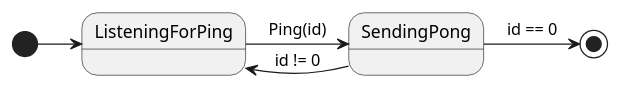
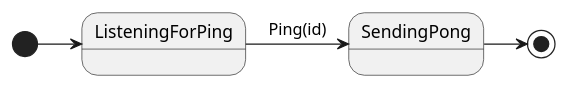
The third of 4 diagrams in README.org (peterpaul/kafka-ping-stm), drawn with PlantUML before and after one commit. The commit also changed other lines of this file and 4 other files, not shown here.

```diff
--- a/README.org
+++ b/README.org
@@ -53,6 +85,5 @@
 #+begin_src plantuml :file pong.svg
   [*] -> ListeningForPing
   ListeningForPing -> SendingPong: Ping(id)
-  SendingPong -> ListeningForPing: id != 0
-  SendingPong -> [*]: id == 0
+  SendingPong -> [*]
 #+end_src
```
